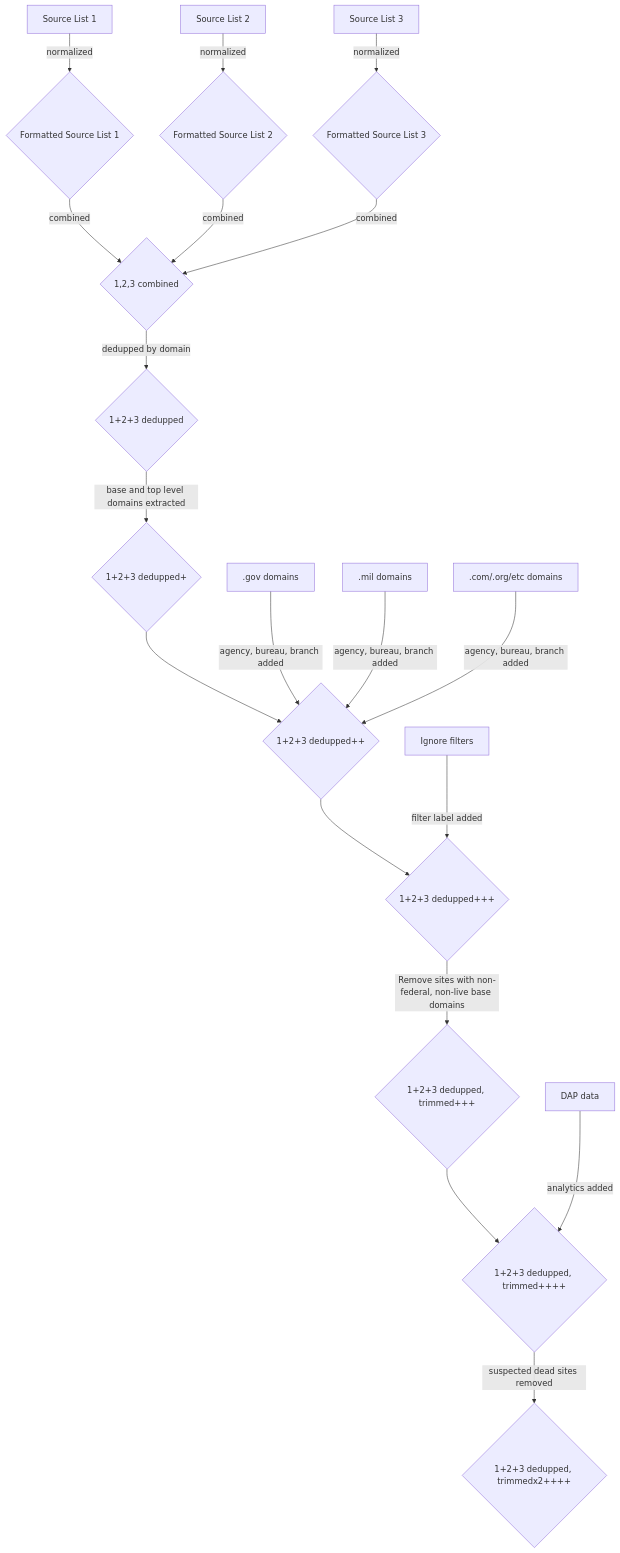
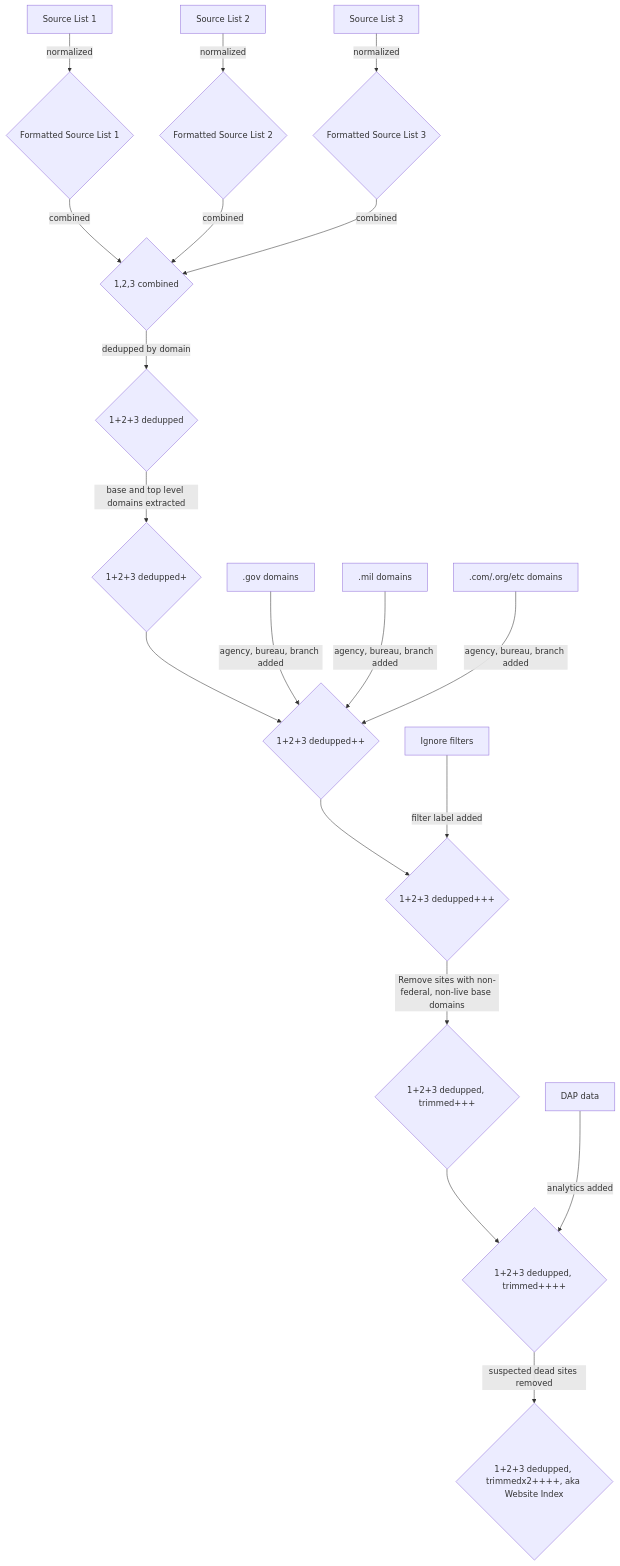
One commit to GSA/site-scanning-documentation changed the diagram in about/project-management/diagrams/index-creation.md. Above: the diagram before and after it, drawn with Mermaid.

Commit message:
Update index creation diagram with new label

````diff
--- a/about/project-management/diagrams/index-creation.md
+++ b/about/project-management/diagrams/index-creation.md
@@ -3,21 +3,21 @@
 ```mermaid
 graph TD;
     A[Source List 1]-- normalized -->D{Formatted Source List 1};
     B[Source List 2]-- normalized -->E{Formatted Source List 2};
     C[Source List 3]-- normalized -->F{Formatted Source List 3};
     D-- combined -->G{1,2,3 combined};
     E-- combined -->G{1,2,3 combined};
     F-- combined -->G{1,2,3 combined};
     G-- dedupped by domain -->H{1+2+3 dedupped};
     H-- base and top level domains extracted --> I{1+2+3 dedupped+};
     I--> M{1+2+3 dedupped++};
     J[.gov domains]-- agency, bureau, branch added -->M{1+2+3 dedupped++};
     K[.mil domains]-- agency, bureau, branch added -->M{1+2+3 dedupped++};
     L[.com/.org/etc domains]-- agency, bureau, branch added -->M{1+2+3 dedupped++};
     M-->O{1+2+3 dedupped+++};
     N[Ignore filters]-- filter label added -->O;
     O-- Remove sites with non-federal, non-live base domains -->P{1+2+3 dedupped, trimmed+++};
     P-->R{1+2+3 dedupped, trimmed++++};
     Q[DAP data]-- analytics added --> R;
-    R-- suspected dead sites removed -->S{1+2+3 dedupped, trimmedx2++++}
+    R-- suspected dead sites removed -->S{1+2+3 dedupped, trimmedx2++++, aka Website Index}
 ```
````
